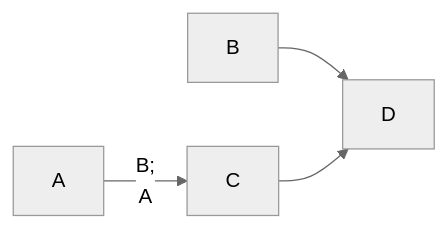
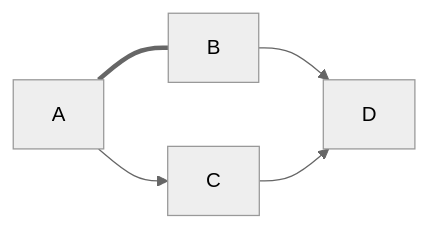
Before and after one commit to LuboDimitrov/Dijsktra-SPT: the diagram in README.md, drawn with Mermaid (neutral theme).

````diff
--- a/README.md
+++ b/README.md
@@ -10,7 +10,7 @@
 ```mermaid
 graph LR;
-    A--B;
+    A===B;
     A-->C;
     B-->D;
     C-->D;
 ```
````
